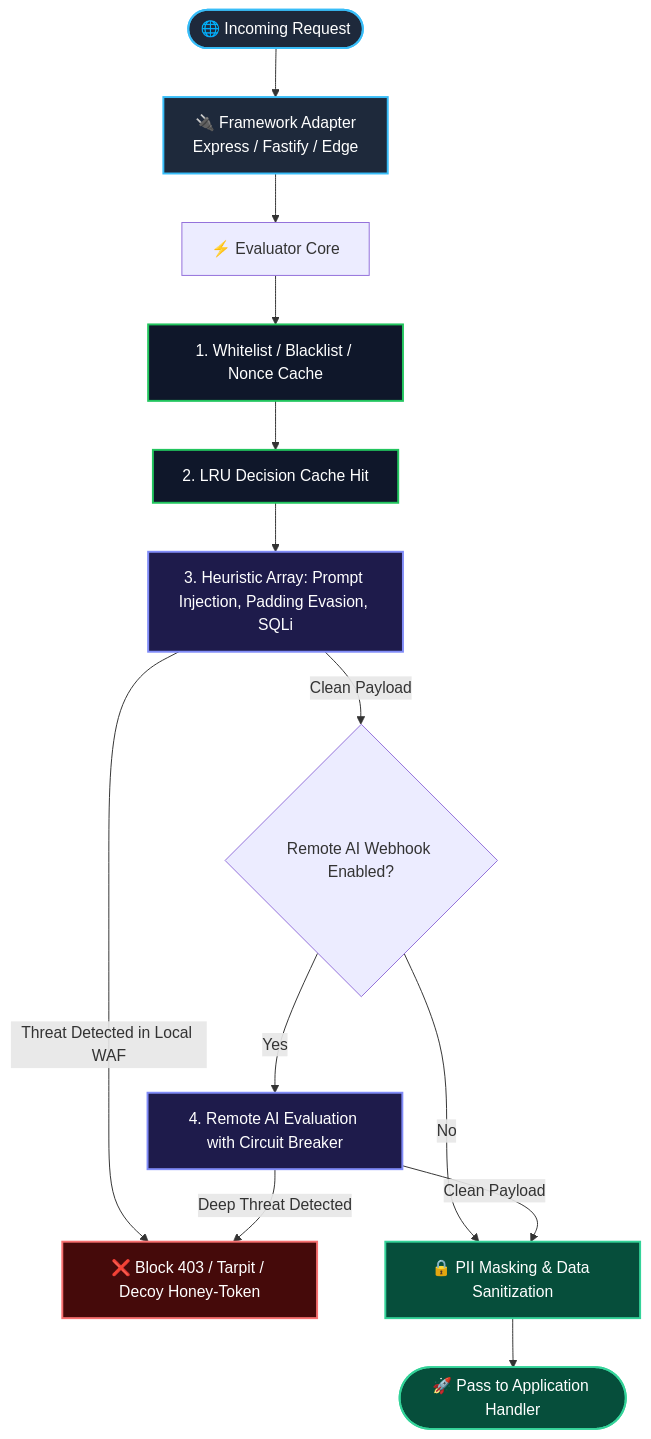
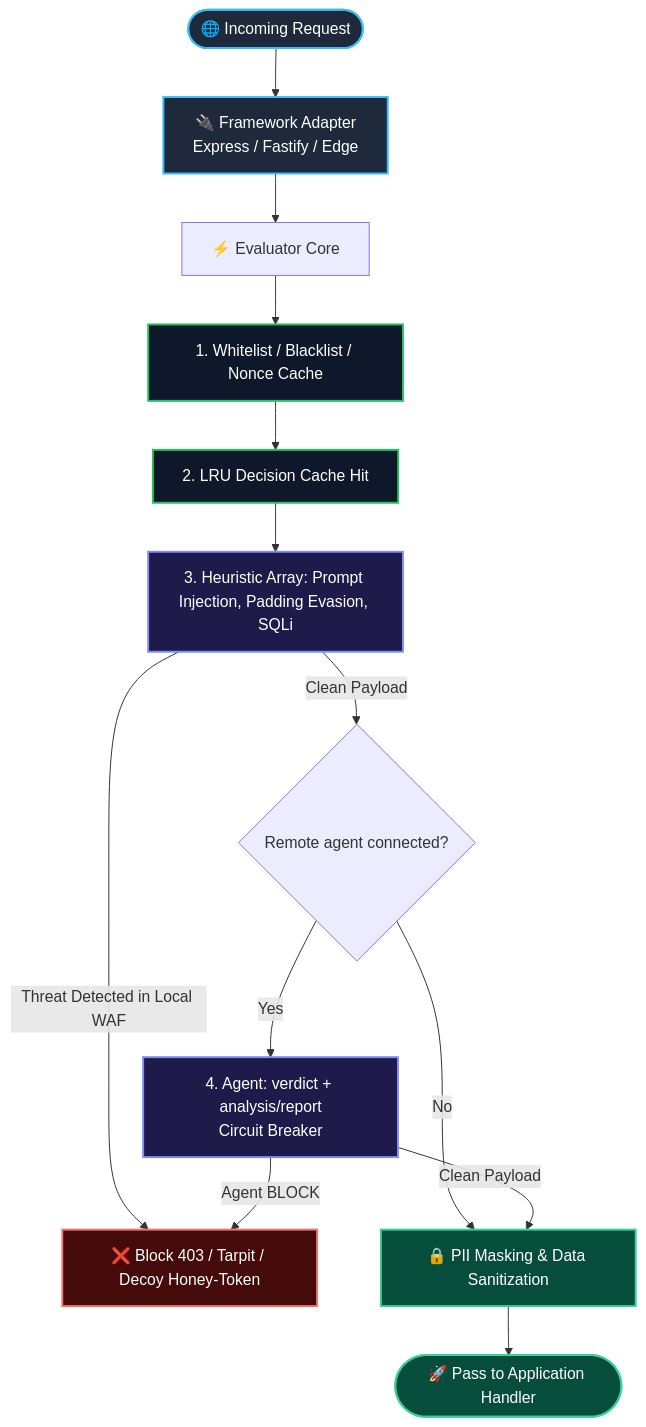
The diagram in README.md (uranotools/urano-guard), drawn with Mermaid before and after one commit. The commit also changed other lines of this file and 64 other files, not shown here.

Commit message:
feat: cluster-ready WAF and pull-based remote agent

````diff
--- a/README.md
+++ b/README.md
@@ -168,25 +179,25 @@
 ```mermaid
 flowchart TD
     classDef ingress fill:#1e293b,stroke:#38bdf8,stroke-width:2px,color:#fff;
     classDef memory fill:#0f172a,stroke:#22c55e,stroke-width:2px,color:#fff;
     classDef heuristic fill:#1e1b4b,stroke:#818cf8,stroke-width:2px,color:#fff;
     classDef defense fill:#450a0a,stroke:#f87171,stroke-width:2px,color:#fff;
     classDef allow fill:#064e3b,stroke:#34d399,stroke-width:2px,color:#fff;
 
     REQ([🌐 Incoming Request]):::ingress --> ADAPT[🔌 Framework Adapter<br/>Express / Fastify / Edge]:::ingress
     ADAPT --> EVAL[⚡ Evaluator Core]
     
     EVAL --> STAGE1[1. Whitelist / Blacklist / Nonce Cache]:::memory
     STAGE1 --> STAGE2[2. LRU Decision Cache Hit]:::memory
     STAGE2 --> STAGE3[3. Heuristic Array: Prompt Injection, Padding Evasion, SQLi]:::heuristic
     
     STAGE3 -- Threat Detected in Local WAF --> DEF[❌ Block 403 / Tarpit / Decoy Honey-Token]:::defense
     
-    STAGE3 -- Clean Payload --> OPT_AI{Remote AI Webhook Enabled?}
-    OPT_AI -- Yes --> STAGE4[4. Remote AI Evaluation with Circuit Breaker]:::heuristic
+    STAGE3 -- Clean Payload --> OPT_AI{Remote agent connected?}
+    OPT_AI -- Yes --> STAGE4[4. Agent: verdict + analysis/report<br/>Circuit Breaker]:::heuristic
     OPT_AI -- No --> PII[🔒 PII Masking & Data Sanitization]:::allow
     STAGE4 -- Clean Payload --> PII
-    STAGE4 -- Deep Threat Detected --> DEF
+    STAGE4 -- Agent BLOCK --> DEF
     
     PII --> APP([🚀 Pass to Application Handler]):::allow
 ```
````
